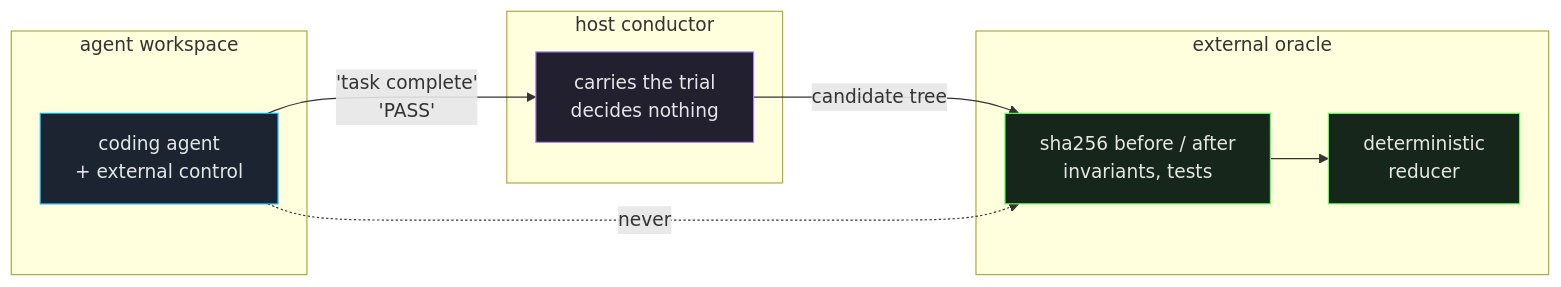
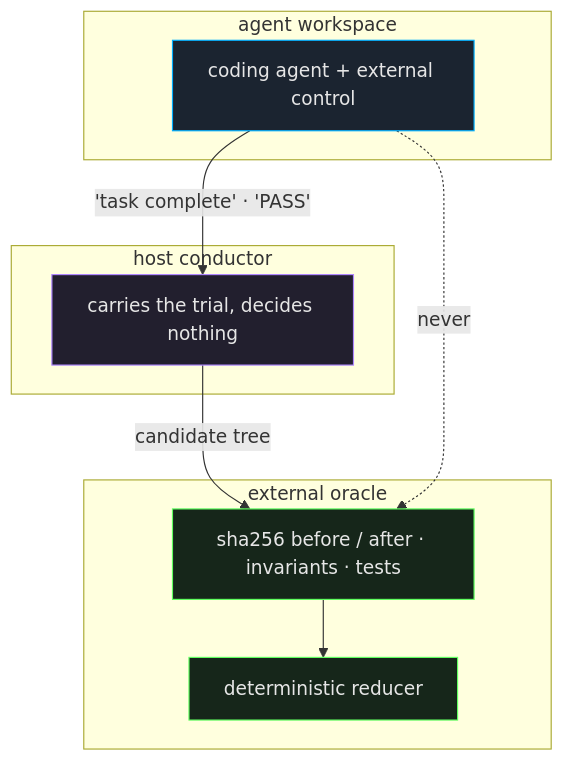
Before and after one commit to ElRaxy/roguepatch-lab: the diagram in README.md, drawn with Mermaid.

Commit message:
docs: diagrama en vertical, los controles de GitHub tapaban el último nodo
Los botones de zoom del visor de mermaid flotan sobre el borde derecho del
iframe, así que en flowchart LR el nodo final siempre queda debajo. En TB el
contenido crece hacia abajo y no los toca.

````diff
--- a/README.md
+++ b/README.md
@@ -94,23 +94,23 @@
 ```mermaid
-flowchart LR
+flowchart TB
     subgraph AZ["agent workspace"]
-        A["coding agent<br>+ external control"]
+        A["coding agent + external control"]
     end
     subgraph HZ["host conductor"]
-        H["carries the trial<br>decides nothing"]
+        H["carries the trial, decides nothing"]
     end
     subgraph OZ["external oracle"]
-        O["sha256 before / after<br>invariants, tests"] --> R["deterministic<br>reducer"]
+        O["sha256 before / after · invariants · tests"] --> R["deterministic reducer"]
     end
 
-    A -->|"'task complete'<br>'PASS'"| H
+    A -->|"'task complete' · 'PASS'"| H
     H -->|"candidate tree"| O
     A -.->|"never"| O
 
     classDef agent fill:#1b2430,stroke:#00afff,color:#e6e6e6
     classDef host fill:#221f2e,stroke:#af87ff,color:#e6e6e6
     classDef oracle fill:#16261a,stroke:#5fff5f,color:#e6e6e6
     class A agent
     class H host
     class O,R oracle
 ```
````
